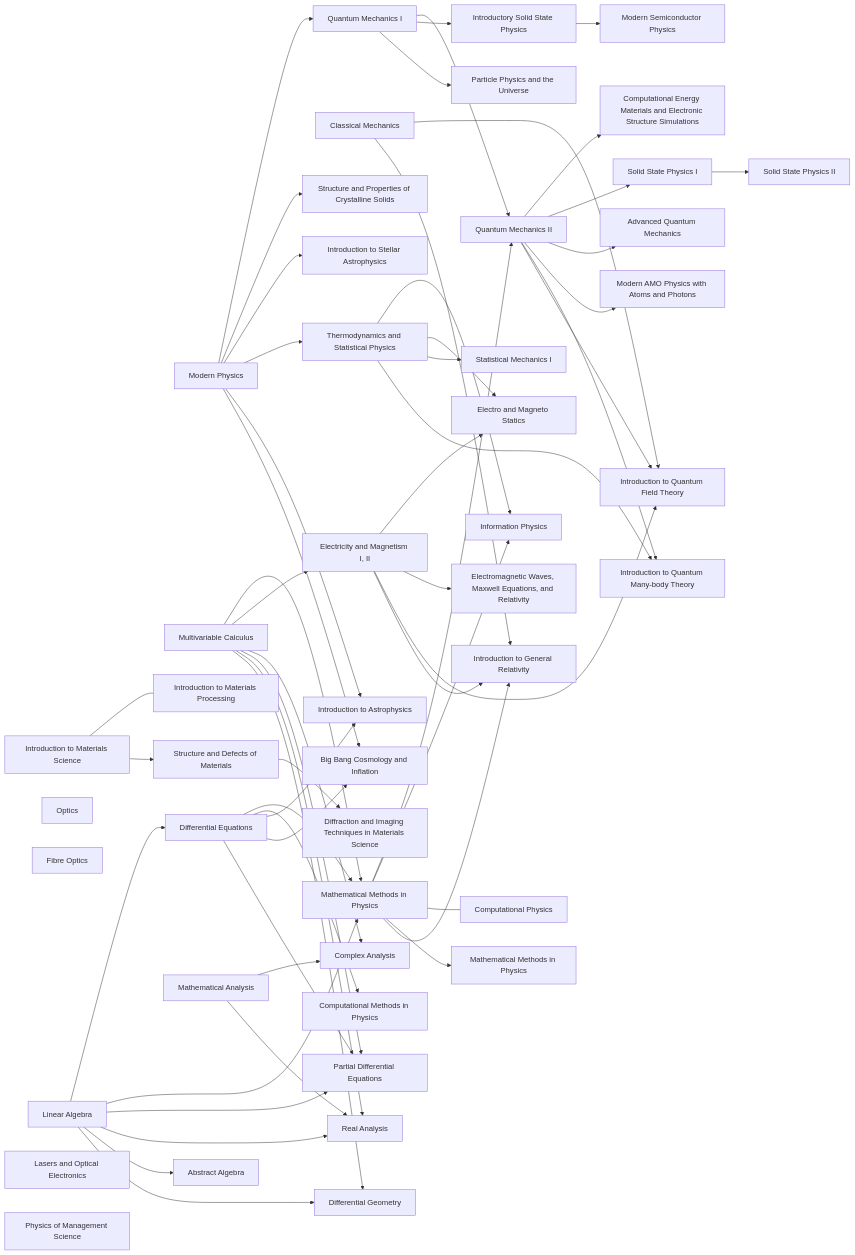
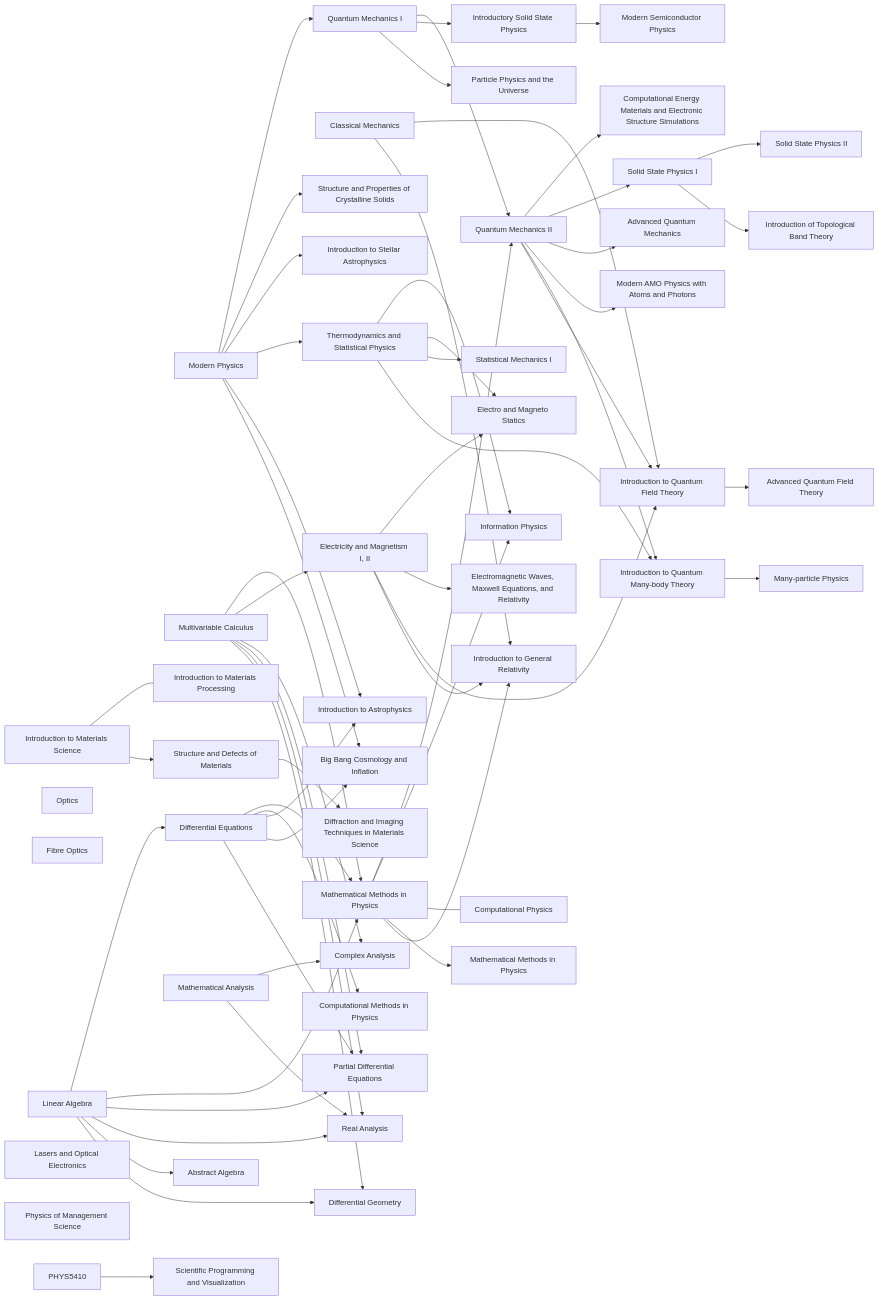
One commit to q-inho/q-inho.github.io changed the diagram in _posts/Physics/General/2022-09-16-Study-Roadmap-for-Physics.md. Above: the diagram before and after it, drawn with Mermaid. The commit also changed other lines of this file and 4 other files, not shown here.

```diff
--- a/_posts/Physics/General/2022-09-16-Study-Roadmap-for-Physics.md
+++ b/_posts/Physics/General/2022-09-16-Study-Roadmap-for-Physics.md
@@ -20,50 +20,55 @@
 <div class="mermaid"> 
       graph LR
         PHYS2022[Modern Physics]
         MATH2023[Multivariable Calculus]
         MATH2121[Linear Algebra] --> MATH2352[Differential Equations]
         MATH2023 & MATH2121 & MATH2352 --> PHYS3031[Mathematical Methods in Physics]
         PHYS3032[Classical Mechanics]
         MATH2023 --> PHYS3033[Electricity and Magnetism I, II]
         PHYS2022 --> PHYS3036[Quantum Mechanics I]
         PHYS3038[Optics]
         PHYS3039[Fibre Optics]
         PHYS3040[Introduction to Materials Science] --- PHYS3041[Introduction to Materials Processing]
         PHYS2022 --> PHYS3042[Structure and Properties of Crystalline Solids]
         PHYS2022 --> PHYS3071[Introduction to Stellar Astrophysics]
         MATH2352 --> PHYS3142[Computational Methods in Physics]
         PHYS2022 --> PHYS4050[Thermodynamics and Statistical Physics]
         PHYS3031 & PHYS3036 --> PHYS4051[Quantum Mechanics II]
         PHYS3036 --> PHYS4052[Introductory Solid State Physics]
         PHYS4053[Lasers and Optical Electronics]
         PHYS2022 & MATH2352 --> PHYS4054[Introduction to Astrophysics]
         PHYS3036 --> PHYS4055[Particle Physics and the Universe]
         PHYS3040 --> PHYS4057[Structure and Defects of Materials]
         PHYS3031 & PHYS4050 --> PHYS4058[Information Physics]
         PHYS4059[Physics of Management Science]
         PHYS3031 --- PHYS4060[Computational Physics]
         PHYS2022 & MATH2352 --> PHYS4071[Big Bang Cosmology and Inflation]
         PHYS3031 --> PHYS5110[Mathematical Methods in Physics]
         PHYS4051 --> PHYS5120[Computational Energy Materials and Electronic Structure Simulations]
         PHYS4051 --> PHYS5170[Solid State Physics I]
         PHYS3033 & PHYS4050 --> PHYS5200[Electro and Magneto Statics]
         PHYS3033 --> PHYS5210[Electromagnetic Waves, Maxwell Equations, and Relativity]
         PHYS4051 --> PHYS5260[Advanced Quantum Mechanics]
         PHYS4051 --> PHYS5280[Modern AMO Physics with Atoms and Photons]
         PHYS4050 --> PHYS5310[Statistical Mechanics I]
         PHYS4050 & PHYS4051 --> PHYS5340[Introduction to Quantum Many-body Theory]
         PHYS5170 --> PHYS5370[Solid State Physics II]
         PHYS3032 & PHYS3033 & PHYS4051 --> PHYS5520[Introduction to Quantum Field Theory]
         PHYS3032 & PHYS3033 & PHYS3031 --> PHYS5530[Introduction to General Relativity]
         PHYS4052 --> PHYS5810[Modern Semiconductor Physics]
         PHYS4057 --> PHYS5820[Diffraction and Imaging Techniques in Materials Science]
         MATH2033[Mathematical Analysis]
         MATH2023 & MATH2033 -->   MATH4023[Complex Analysis]
         MATH2023 & MATH2121 & MATH2352 --> MATH4052[Partial Differential Equations]
         MATH2023 & MATH2033 & MATH2121 --> MATH3033[Real Analysis]
         MATH2121 --> MATH3121[Abstract Algebra]
         MATH2023 & MATH2121 --> MATH4223[Differential Geometry]
+        PHYS5170 --> PHYS6810H[Introduction of Topological Band Theory]
+        PHYS5410 --> PHYS6810I[Scientific Programming and Visualization]
+        PHYS5340 --> PHYS6810J[Many-particle Physics]
+        PHYS5520 --> PHYS6810K[Advanced Quantum Field Theory]
+
 
 
 
 </div>
```
